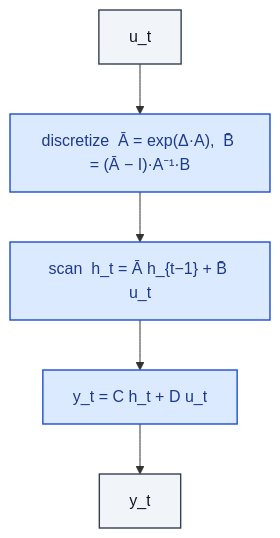
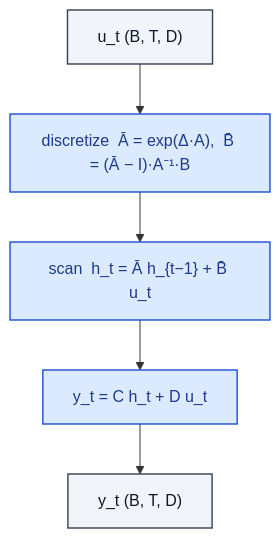
One commit to RealityShifts/Srivastava-book-of-Blocks-diagrams changed the diagram in sequence/StateSpaceModel.md. Above: the diagram before and after it, drawn with Mermaid. The commit also changed 123 other files, not shown here.

````diff
--- a/sequence/StateSpaceModel.md
+++ b/sequence/StateSpaceModel.md
@@ -7,21 +7,22 @@
 ```mermaid
 flowchart TD
-    n0_0["u_t"]:::io
+    n0_0["u_t  (B, T, D)"]:::io
     n1_0["discretize  Ā = exp(Δ·A),  B̄ = (Ā − I)·A⁻¹·B"]:::op
     n2_0["scan  h_t = Ā h_{t−1} + B̄ u_t"]:::op
     n3_0["y_t = C h_t + D u_t"]:::op
-    n4_0["y_t"]:::io
+    n4_0["y_t  (B, T, D)"]:::io
     n0_0 --> n1_0
     n1_0 --> n2_0
     n2_0 --> n3_0
     n3_0 --> n4_0
     classDef io fill:#f1f5f9,stroke:#334155,stroke-width:1.4px,color:#0f172a
     classDef op fill:#dbeafe,stroke:#1d4ed8,stroke-width:1.4px,color:#1e3a8a
     classDef norm fill:#dcfce7,stroke:#15803d,stroke-width:1.4px,color:#14532d
     classDef act fill:#ffedd5,stroke:#c2410c,stroke-width:1.4px,color:#7c2d12
     classDef attn fill:#ede9fe,stroke:#6d28d9,stroke-width:1.4px,color:#4c1d95
     classDef merge fill:#fef3c7,stroke:#b45309,stroke-width:1.4px,color:#78350f
     classDef emb fill:#fef9c3,stroke:#a16207,stroke-width:1.4px,color:#713f12
     classDef loss fill:#fee2e2,stroke:#b91c1c,stroke-width:1.4px,color:#7f1d1d
     classDef ctrl fill:#f5f5f4,stroke:#52525b,stroke-width:1.4px,color:#27272a
+    classDef ref fill:#e0f2fe,stroke:#0369a1,stroke-width:2px,color:#0c4a6e,stroke-dasharray: 4 2
 ```
````
